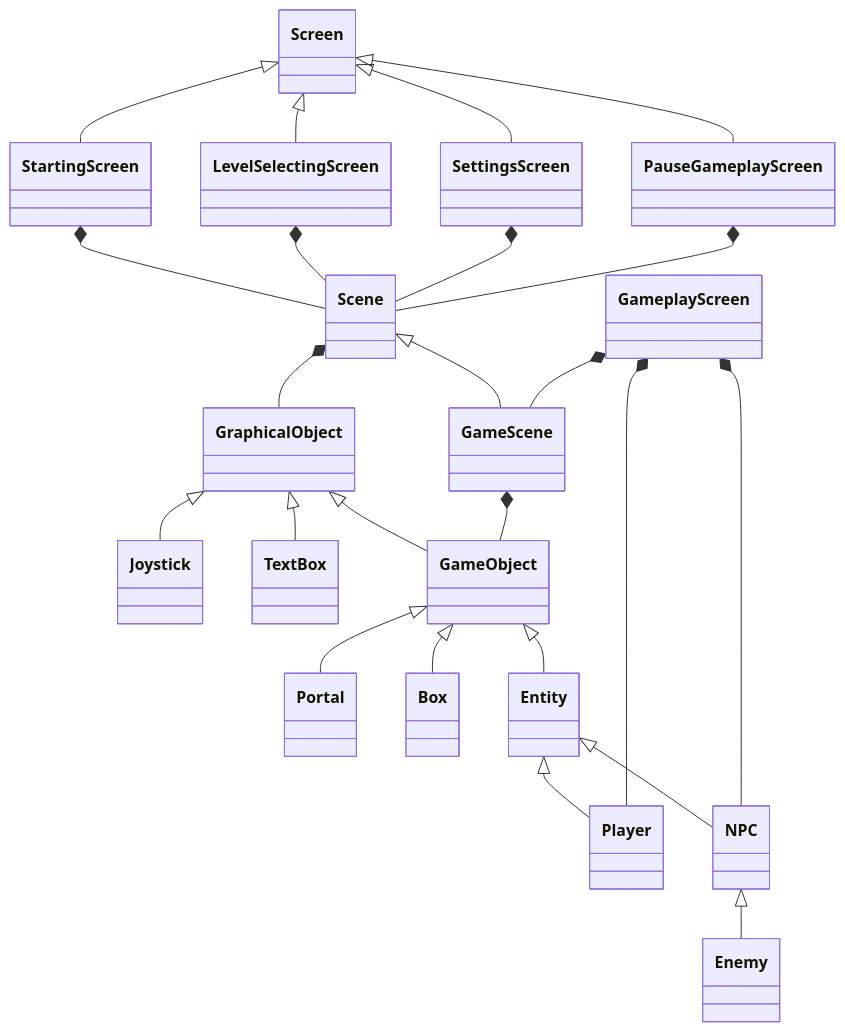
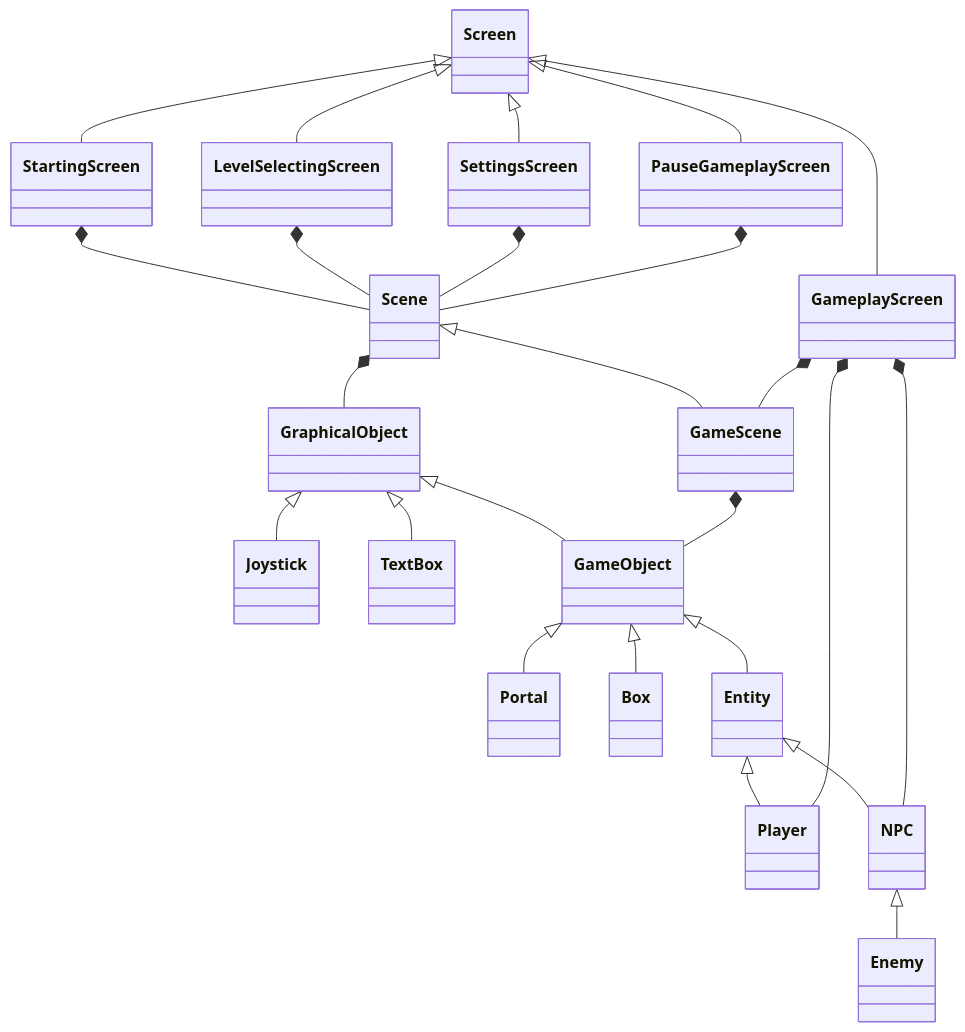
One commit to dRoycon/HS_SoftwareEngineeringProject changed the diagram in planning_class_structure/README.md. Above: the diagram before and after it, drawn with Mermaid.

Commit message:
modified:   planning_class_structure/README.md

````diff
--- a/planning_class_structure/README.md
+++ b/planning_class_structure/README.md
@@ -3,34 +3,36 @@
 ``` mermaid
 classDiagram
     Screen <|-- StartingScreen
     Screen <|-- LevelSelectingScreen
     Screen <|-- SettingsScreen
     Screen <|-- PauseGameplayScreen
+    Screen <|-- GameplayScreen
+
 
     StartingScreen *-- Scene
     LevelSelectingScreen *-- Scene
     SettingsScreen *-- Scene
     PauseGameplayScreen *-- Scene
 
     Scene *-- GraphicalObject
     Scene <|-- GameScene 
 
     GraphicalObject <|-- Joystick
     GraphicalObject <|-- TextBox
     GraphicalObject <|-- GameObject
 
     GameObject <|-- Portal
     GameObject <|-- Box
     GameObject <|-- Entity
     GameScene *-- GameObject 
 
 
     Entity <|-- Player
     Entity <|-- NPC
 
     NPC <|-- Enemy
 
     GameplayScreen *-- GameScene
     GameplayScreen *-- NPC
     GameplayScreen *-- Player
 ```
````
